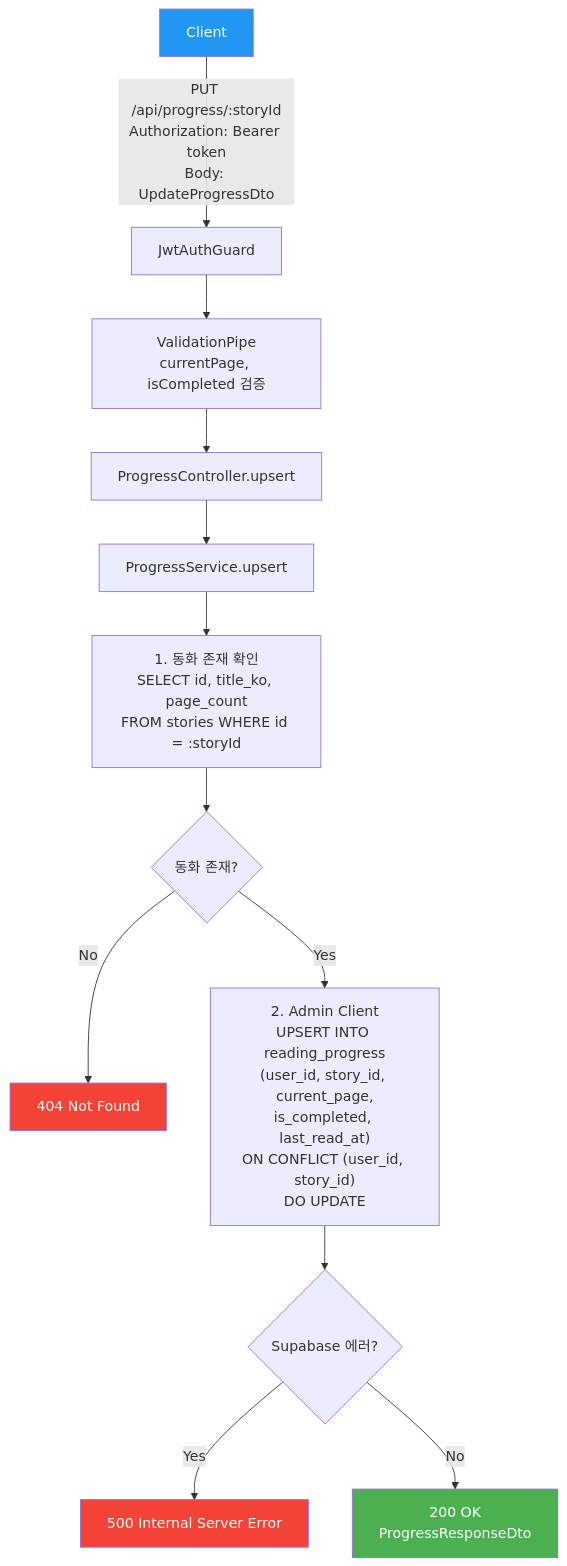
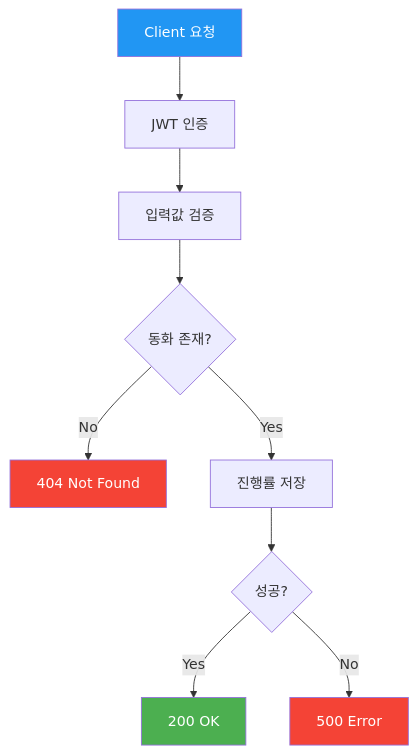
The fifth of 6 diagrams in docs/api/progress-api.md (youngkim90/ddukddak-api), drawn with Mermaid before and after one commit. The commit also changed other lines of this file and 5 other files, not shown here.

First line of the commit message:
docs: simplify flowcharts with dual API/code flow structure

````diff
--- a/docs/api/progress-api.md
+++ b/docs/api/progress-api.md
@@ -109,19 +124,16 @@
 ```mermaid
 flowchart TD
-    A[Client] -->|"PUT /api/progress/:storyId<br/>Authorization: Bearer token<br/>Body: UpdateProgressDto"| B[JwtAuthGuard]
-    B --> C["ValidationPipe<br/>currentPage, isCompleted 검증"]
-    C --> D[ProgressController.upsert]
-    D --> E[ProgressService.upsert]
-    E --> F["1. 동화 존재 확인<br/>SELECT id, title_ko, page_count<br/>FROM stories WHERE id = :storyId"]
-    F --> G{동화 존재?}
-    G -- No --> H["404 Not Found"]
-    G -- Yes --> I["2. Admin Client<br/>UPSERT INTO reading_progress<br/>(user_id, story_id, current_page,<br/>is_completed, last_read_at)<br/>ON CONFLICT (user_id, story_id)<br/>DO UPDATE"]
-    I --> J{Supabase 에러?}
-    J -- Yes --> K["500 Internal Server Error"]
-    J -- No --> L["200 OK<br/>ProgressResponseDto"]
+    A[Client 요청] --> B[JWT 인증]
+    B --> C[입력값 검증]
+    C --> D{동화 존재?}
+    D -- No --> E[404 Not Found]
+    D -- Yes --> F[진행률 저장]
+    F --> G{성공?}
+    G -- Yes --> H[200 OK]
+    G -- No --> I[500 Error]
 
     style A fill:#2196f3,color:#fff
-    style H fill:#f44336,color:#fff
-    style K fill:#f44336,color:#fff
-    style L fill:#4caf50,color:#fff
+    style E fill:#f44336,color:#fff
+    style H fill:#4caf50,color:#fff
+    style I fill:#f44336,color:#fff
 ```
````
